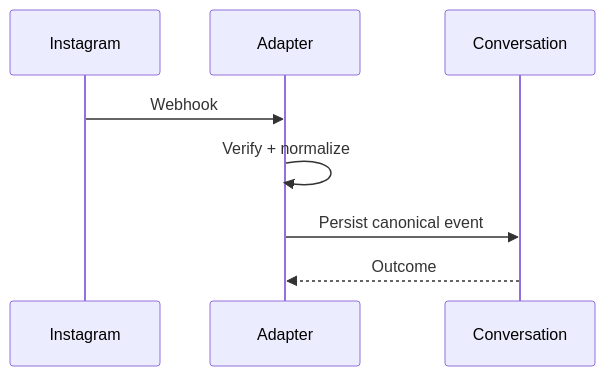
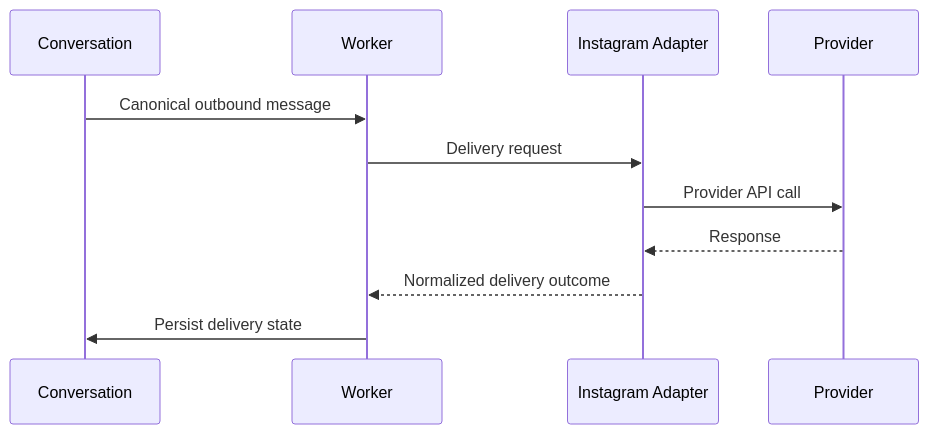
Before and after one commit to D-engahmed/OMILINKS: the third of 3 diagrams in docs/integrations/instagram.md, drawn with Mermaid. The commit also changed other lines of this file and 2 other files, not shown here.

Commit message:
docs: deepen instagram facebook and telegram integrations

````diff
--- a/docs/integrations/instagram.md
+++ b/docs/integrations/instagram.md
@@ -13,10 +82,13 @@
-```mermaid
+~~~mermaid
 sequenceDiagram
-participant P as Instagram
-participant A as Adapter
-participant C as Conversation
-P->>A: Webhook
-A->>A: Verify + normalize
-A->>C: Persist canonical event
-C-->>A: Outcome
-```
+    participant C as Conversation
+    participant Q as Worker
+    participant A as Instagram Adapter
+    participant P as Provider
+    C->>Q: Canonical outbound message
+    Q->>A: Delivery request
+    A->>P: Provider API call
+    P-->>A: Response
+    A-->>Q: Normalized delivery outcome
+    Q->>C: Persist delivery state
+~~~
````
